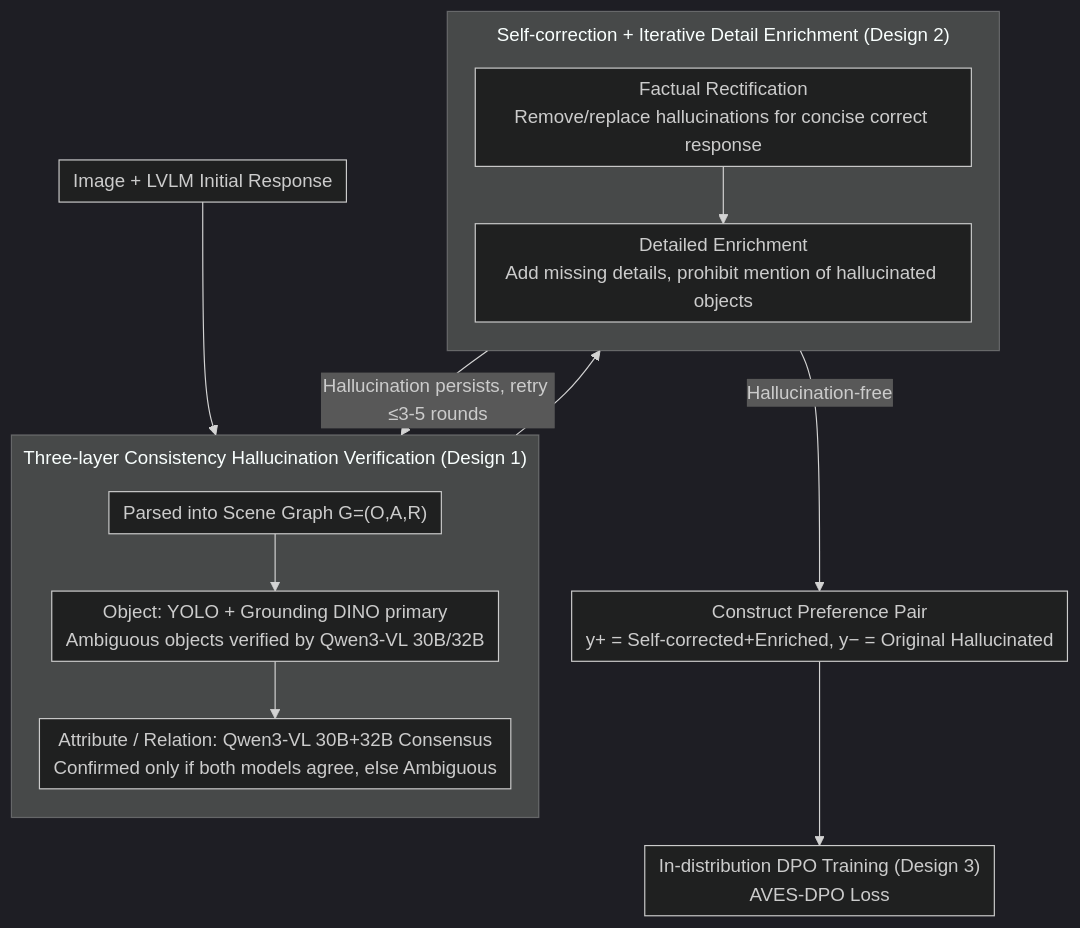
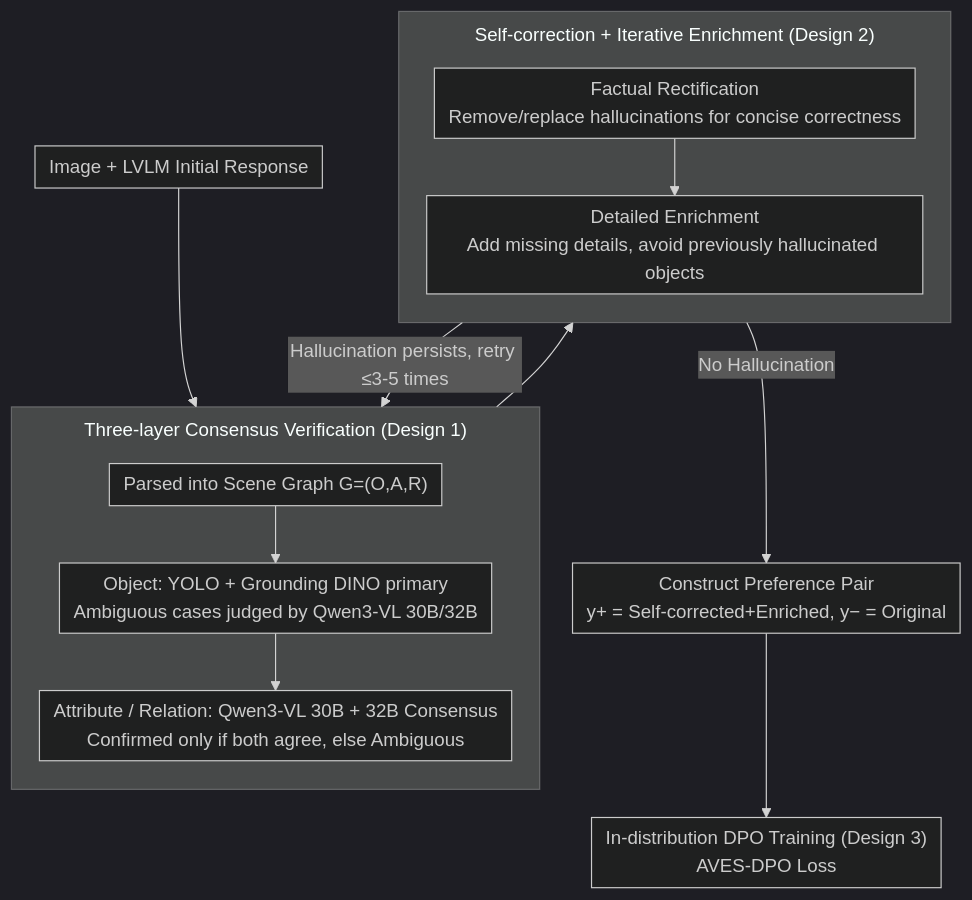
Before and after one commit to zhaoyang97/Paper-Notes-en: the diagram in docs/ACL2026/hallucination/aligning_with_your_own_voice_self-corrected_preference_learning_for_hallucinatio.md, drawn with Mermaid (dark theme). The commit also changed other lines of this file and 5084 other files, not shown here.

````diff
--- a/docs/ACL2026/hallucination/aligning_with_your_own_voice_self-corrected_preference_learning_for_hallucinatio.md
+++ b/docs/ACL2026/hallucination/aligning_with_your_own_voice_self-corrected_preference_learning_for_hallucinatio.md
@@ -44,18 +44,18 @@
 ```mermaid
 %%{init: {'flowchart': {'rankSpacing': 24, 'nodeSpacing': 28, 'padding': 6, 'wrappingWidth': 400, 'subGraphTitleMargin': {'top': 8, 'bottom': 16}}}}%%
 flowchart TD
     A["Image + LVLM Initial Response"] --> B["Parsed into Scene Graph G=(O,A,R)"]
-    subgraph V["Three-layer Consistency Hallucination Verification (Design 1)"]
+    subgraph V["Three-layer Consensus Verification (Design 1)"]
         direction TB
-        B --> C["Object: YOLO + Grounding DINO primary<br/>Ambiguous objects verified by Qwen3-VL 30B/32B"]
-        C --> D["Attribute / Relation: Qwen3-VL 30B+32B Consensus<br/>Confirmed only if both models agree, else Ambiguous"]
+        B --> C["Object: YOLO + Grounding DINO primary<br/>Ambiguous cases judged by Qwen3-VL 30B/32B"]
+        C --> D["Attribute / Relation: Qwen3-VL 30B + 32B Consensus<br/>Confirmed only if both agree, else Ambiguous"]
     end
-    subgraph SC["Self-correction + Iterative Detail Enrichment (Design 2)"]
+    subgraph SC["Self-correction + Iterative Enrichment (Design 2)"]
         direction TB
-        E["Factual Rectification<br/>Remove/replace hallucinations for concise correct response"] --> F["Detailed Enrichment<br/>Add missing details, prohibit mention of hallucinated objects"]
+        E["Factual Rectification<br/>Remove/replace hallucinations for concise correctness"] --> F["Detailed Enrichment<br/>Add missing details, avoid previously hallucinated objects"]
     end
     D --> E
-    F -->|"Hallucination persists, retry ≤3-5 rounds"| B
-    F -->|"Hallucination-free"| G["Construct Preference Pair<br/>y+ = Self-corrected+Enriched, y− = Original Hallucinated"]
+    F -->|"Hallucination persists, retry ≤3-5 times"| B
+    F -->|"No Hallucination"| G["Construct Preference Pair<br/>y+ = Self-corrected+Enriched, y− = Original"]
     G --> H["In-distribution DPO Training (Design 3)<br/>AVES-DPO Loss"]
 ```
````
